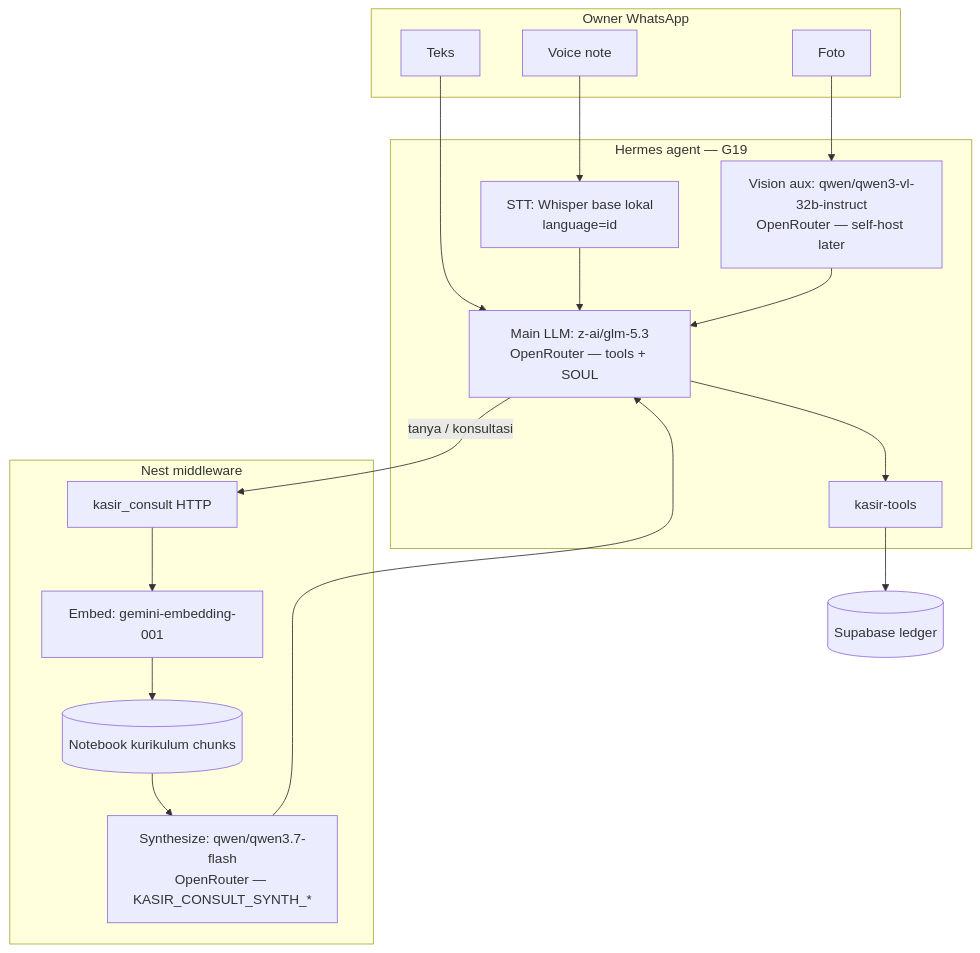
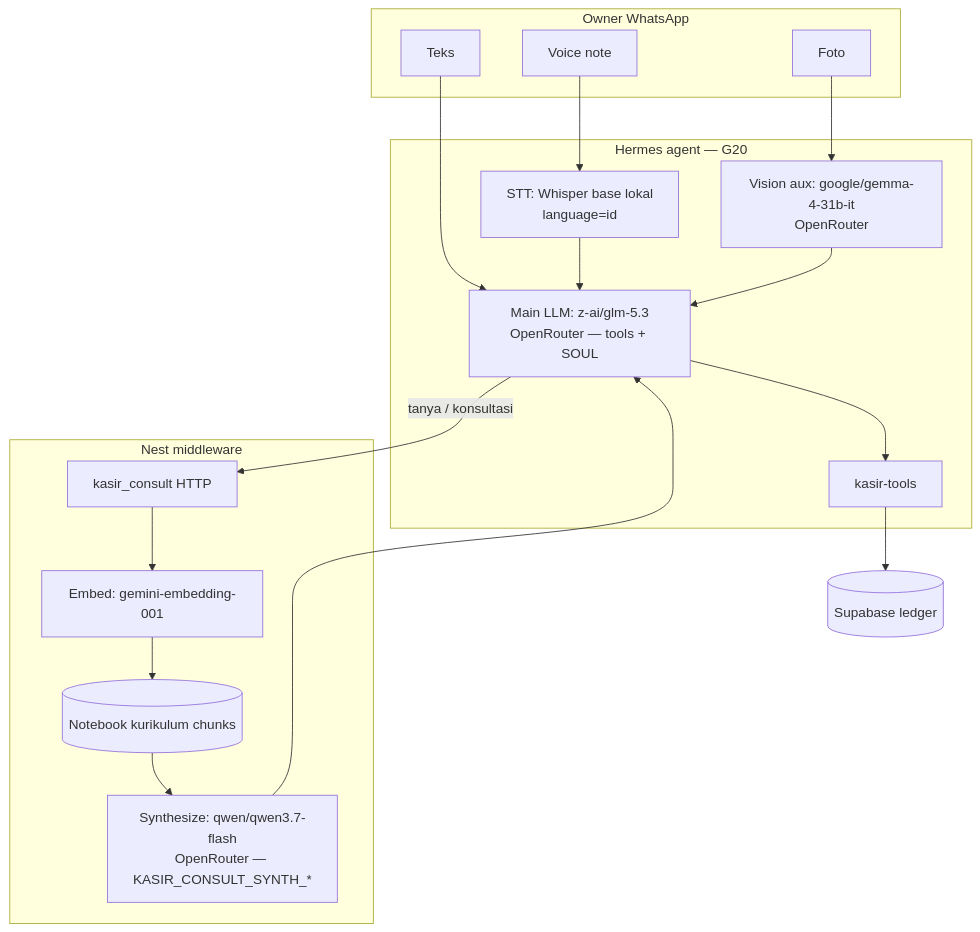
Before and after one commit to nusantarasoft/juragan-aibuilder-cup: the diagram in diagrams/aistudio/umkm-wa/system/L10-model-stack.mmd, drawn with Mermaid. The commit also changed 11 other files, not shown here.

First line of the commit message:
feat(kasir): rollback Hermes vision to Gemma 4 31B

```diff
--- a/diagrams/aistudio/umkm-wa/system/L10-model-stack.mmd
+++ b/diagrams/aistudio/umkm-wa/system/L10-model-stack.mmd
@@ -1,32 +1,32 @@
 %% System L10: model stack — which LLM/STT does which job (eng/ops)
 %% Sales-facing flows stay on L0*; this chart is cost/lock reference
 flowchart TB
   subgraph WA[Owner WhatsApp]
     T[Teks]
     V[Voice note]
     P[Foto]
   end
 
-  subgraph Hermes[Hermes agent — G19]
+  subgraph Hermes[Hermes agent — G20]
     STT[STT: Whisper base lokal<br/>language=id]
-    VIS[Vision aux: qwen/qwen3-vl-32b-instruct<br/>OpenRouter — self-host later]
+    VIS[Vision aux: google/gemma-4-31b-it<br/>OpenRouter]
     MAIN[Main LLM: z-ai/glm-5.3<br/>OpenRouter — tools + SOUL]
     TOOLS[kasir-tools]
   end
 
   subgraph Nest[Nest middleware]
     CONS[kasir_consult HTTP]
     EMB[Embed: gemini-embedding-001]
     SYN[Synthesize: qwen/qwen3.7-flash<br/>OpenRouter — KASIR_CONSULT_SYNTH_*]
     NB[(Notebook kurikulum chunks)]
   end
 
   T --> MAIN
   V --> STT --> MAIN
   P --> VIS --> MAIN
   MAIN --> TOOLS
   MAIN -->|tanya / konsultasi| CONS
   CONS --> EMB --> NB
   NB --> SYN
   SYN --> MAIN
   TOOLS --> DB[(Supabase ledger)]
```
